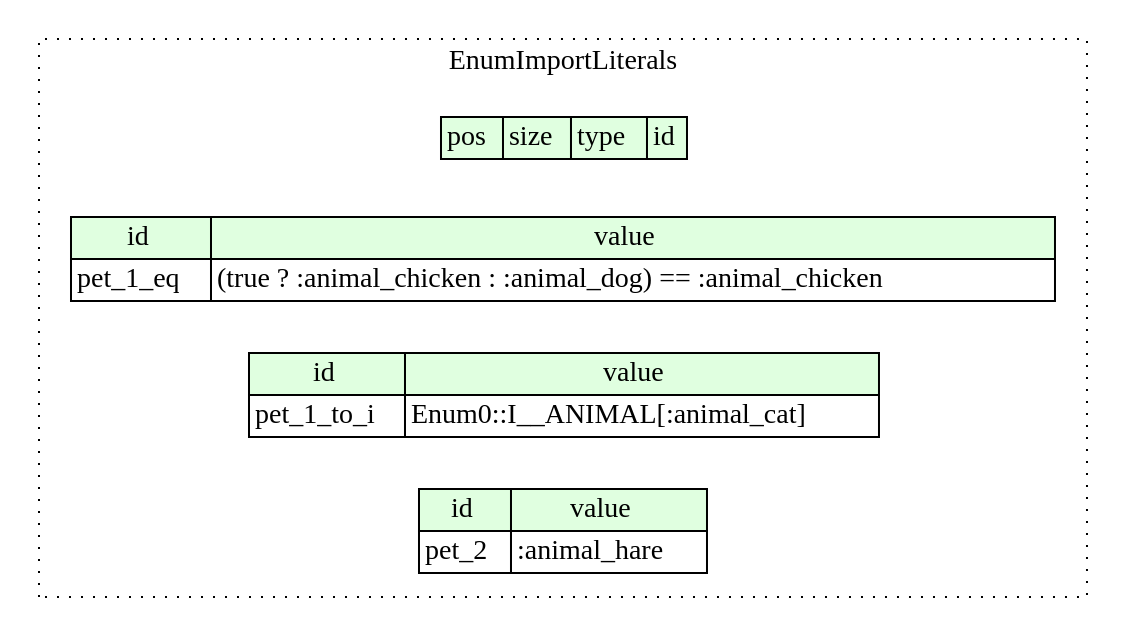
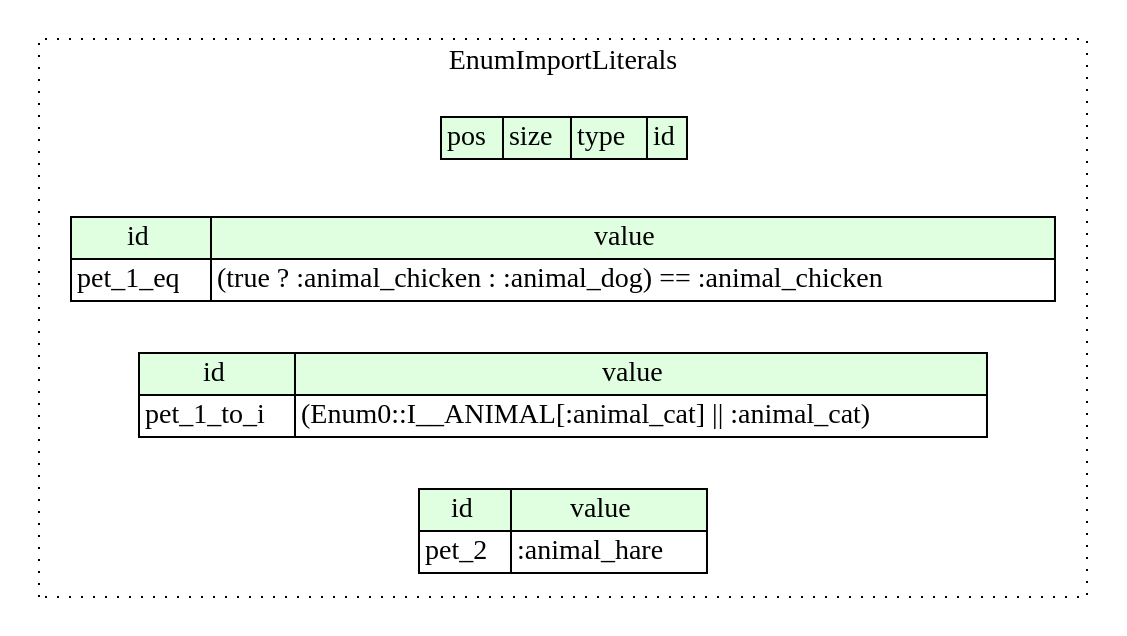
Before and after one commit to kaitai-io/ci_targets: the diagram in compiled/graphviz/enum_import_literals.dot, drawn with Graphviz. The commit also changed 7 other files, not shown here.

```diff
--- a/compiled/graphviz/enum_import_literals.dot
+++ b/compiled/graphviz/enum_import_literals.dot
@@ -1,24 +1,24 @@
 digraph {
 	rankdir=LR;
 	node [shape=plaintext];
 	subgraph cluster__enum_import_literals {
 		label="EnumImportLiterals";
 		graph[style=dotted];
 
 		enum_import_literals__seq [label=<<TABLE BORDER="0" CELLBORDER="1" CELLSPACING="0">
 			<TR><TD BGCOLOR="#E0FFE0">pos</TD><TD BGCOLOR="#E0FFE0">size</TD><TD BGCOLOR="#E0FFE0">type</TD><TD BGCOLOR="#E0FFE0">id</TD></TR>
 		</TABLE>>];
 		enum_import_literals__inst__pet_1_eq [label=<<TABLE BORDER="0" CELLBORDER="1" CELLSPACING="0">
 			<TR><TD BGCOLOR="#E0FFE0">id</TD><TD BGCOLOR="#E0FFE0">value</TD></TR>
 			<TR><TD>pet_1_eq</TD><TD>(true ? :animal_chicken : :animal_dog) == :animal_chicken</TD></TR>
 		</TABLE>>];
 		enum_import_literals__inst__pet_1_to_i [label=<<TABLE BORDER="0" CELLBORDER="1" CELLSPACING="0">
 			<TR><TD BGCOLOR="#E0FFE0">id</TD><TD BGCOLOR="#E0FFE0">value</TD></TR>
-			<TR><TD>pet_1_to_i</TD><TD>Enum0::I__ANIMAL[:animal_cat]</TD></TR>
+			<TR><TD>pet_1_to_i</TD><TD>(Enum0::I__ANIMAL[:animal_cat] || :animal_cat)</TD></TR>
 		</TABLE>>];
 		enum_import_literals__inst__pet_2 [label=<<TABLE BORDER="0" CELLBORDER="1" CELLSPACING="0">
 			<TR><TD BGCOLOR="#E0FFE0">id</TD><TD BGCOLOR="#E0FFE0">value</TD></TR>
 			<TR><TD>pet_2</TD><TD>:animal_hare</TD></TR>
 		</TABLE>>];
 	}
 }
```
